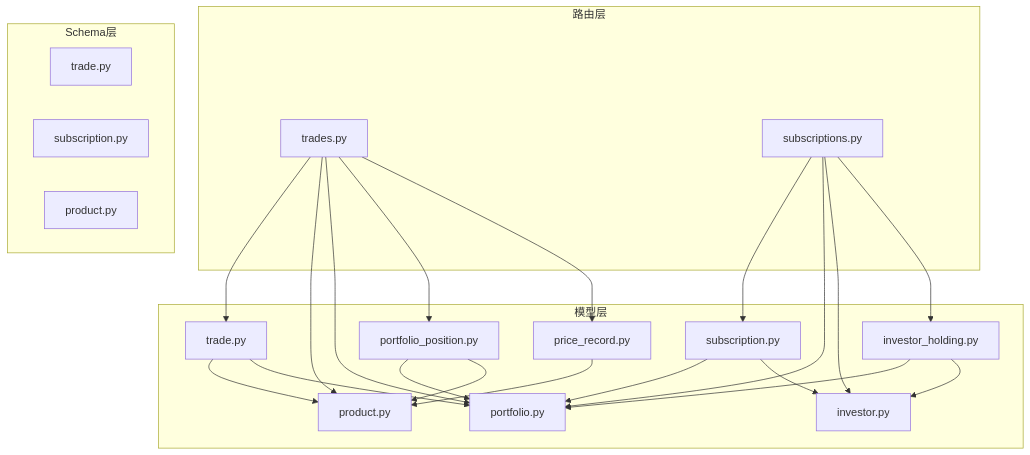
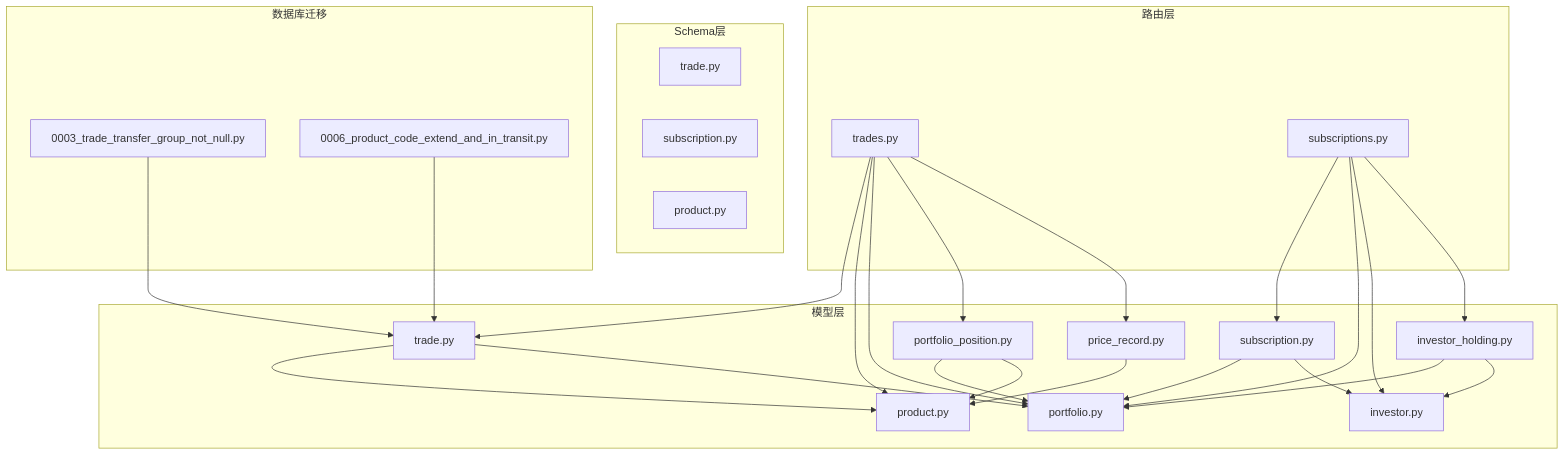
One commit to gujialind/InvestRing changed the first of 6 diagrams in .qoder/repowiki/zh/content/数据库设计/核心业务表结构/交易与订单管理表.md. Above: the diagram before and after it, drawn with Mermaid. The commit also changed other lines of this file and 64 other files, not shown here.

````diff
--- a/.qoder/repowiki/zh/content/数据库设计/核心业务表结构/交易与订单管理表.md
+++ b/.qoder/repowiki/zh/content/数据库设计/核心业务表结构/交易与订单管理表.md
@@ -52,40 +64,46 @@
 ```mermaid
 graph TB
 subgraph "模型层"
 M1["trade.py"]
 M2["subscription.py"]
 M3["price_record.py"]
 M4["product.py"]
 M5["portfolio.py"]
 M6["portfolio_position.py"]
 M7["investor.py"]
 M8["investor_holding.py"]
 end
 subgraph "路由层"
 R1["trades.py"]
 R2["subscriptions.py"]
 end
 subgraph "Schema层"
 S1["trade.py"]
 S2["subscription.py"]
 S3["product.py"]
 end
+subgraph "数据库迁移"
+A1["0003_trade_transfer_group_not_null.py"]
+A2["0006_product_code_extend_and_in_transit.py"]
+end
 R1 --> M1
 R1 --> M4
 R1 --> M5
 R1 --> M6
 R1 --> M3
 R2 --> M2
 R2 --> M5
 R2 --> M7
 R2 --> M8
 M1 --> M4
 M1 --> M5
 M2 --> M5
 M2 --> M7
 M3 --> M4
 M6 --> M5
 M6 --> M4
 M8 --> M5
 M8 --> M7
+A1 --> M1
+A2 --> M1
 ```
````
